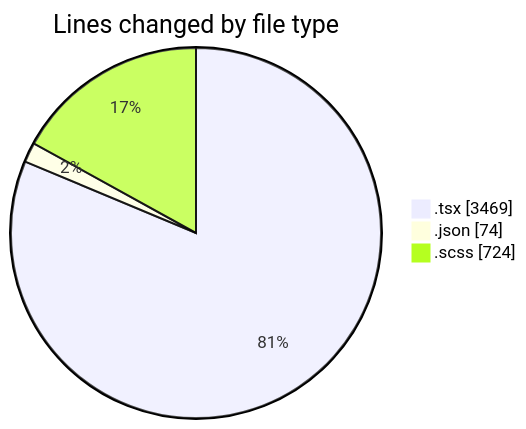
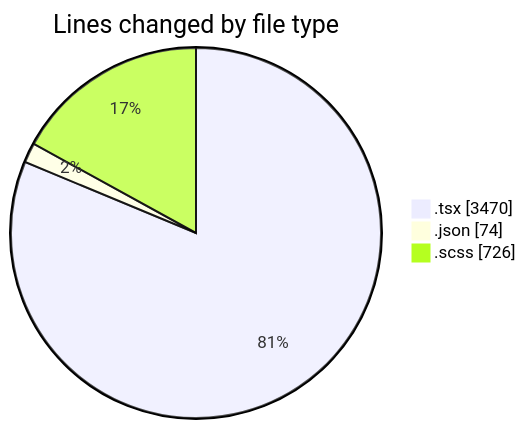
Before and after one commit to momahboobian/code-tracking: the first of 2 diagrams in 2025-04-08/cda/README.md, drawn with Mermaid. The commit also changed other lines of this file and 1 other file, not shown here.

````diff
--- a/2025-04-08/cda/README.md
+++ b/2025-04-08/cda/README.md
@@ -33,7 +33,7 @@
 ```mermaid
 pie showData
 title Lines changed by file type
-".tsx" : 3469
+".tsx" : 3470
 ".json" : 74
-".scss" : 724
+".scss" : 726
 ```
````
